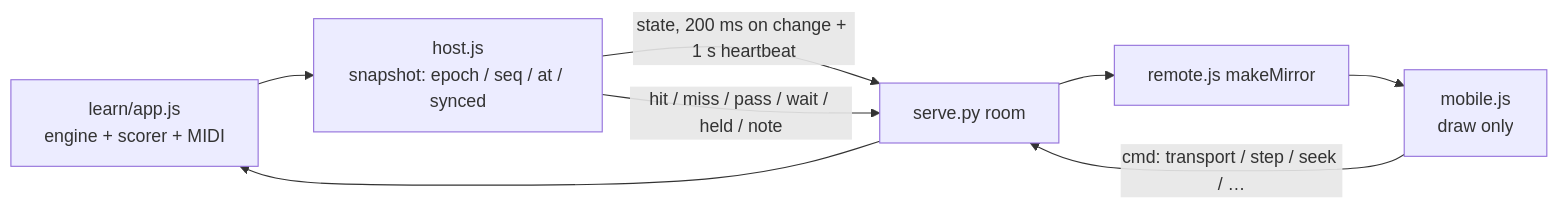
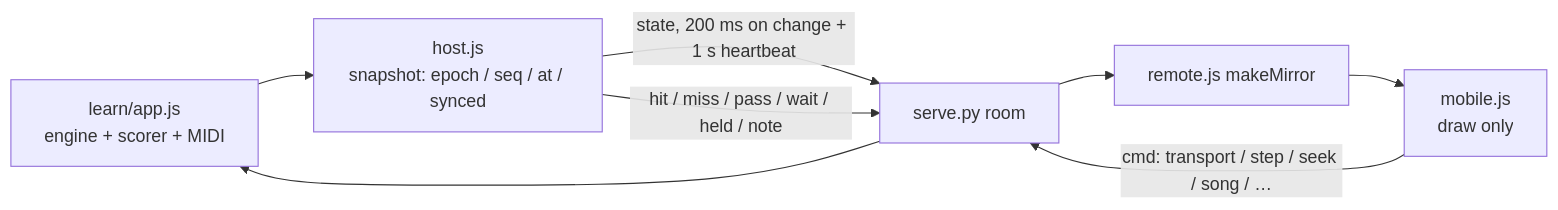
One commit to peak-luli/midiman changed the third of 4 diagrams in docs/midiman/architecture.md. Above: the diagram before and after it, drawn with Mermaid. The commit also changed 5 other files, not shown here.

````diff
--- a/docs/midiman/architecture.md
+++ b/docs/midiman/architecture.md
@@ -63,10 +63,10 @@
 ```mermaid
 flowchart LR
   app[learn/app.js\nengine + scorer + MIDI] --> host[host.js\nsnapshot: epoch / seq / at / synced]
   host -->|state, 200 ms on change + 1 s heartbeat| relay[serve.py room]
   host -->|hit / miss / pass / wait / held / note| relay
   relay --> mirror[remote.js makeMirror]
   mirror --> mob[mobile.js\ndraw only]
-  mob -->|cmd: transport / step / seek / …| relay
+  mob -->|cmd: transport / step / seek / song / …| relay
   relay --> app
 ```
````
